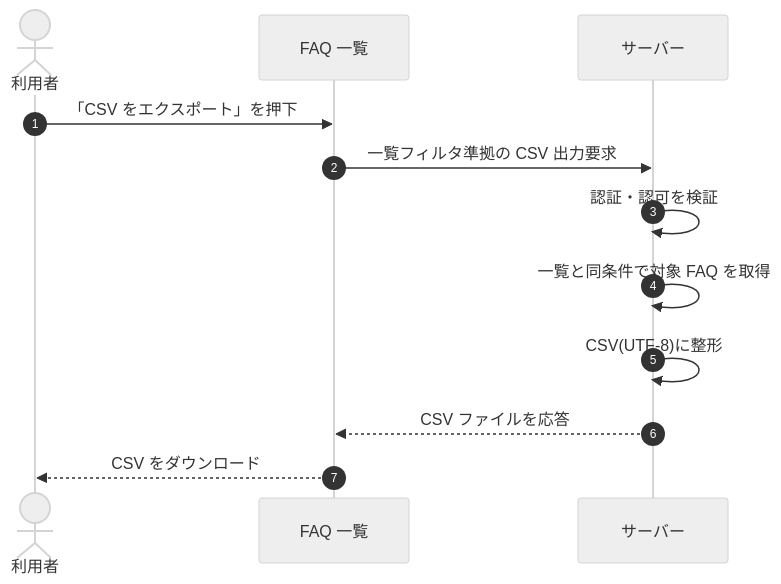
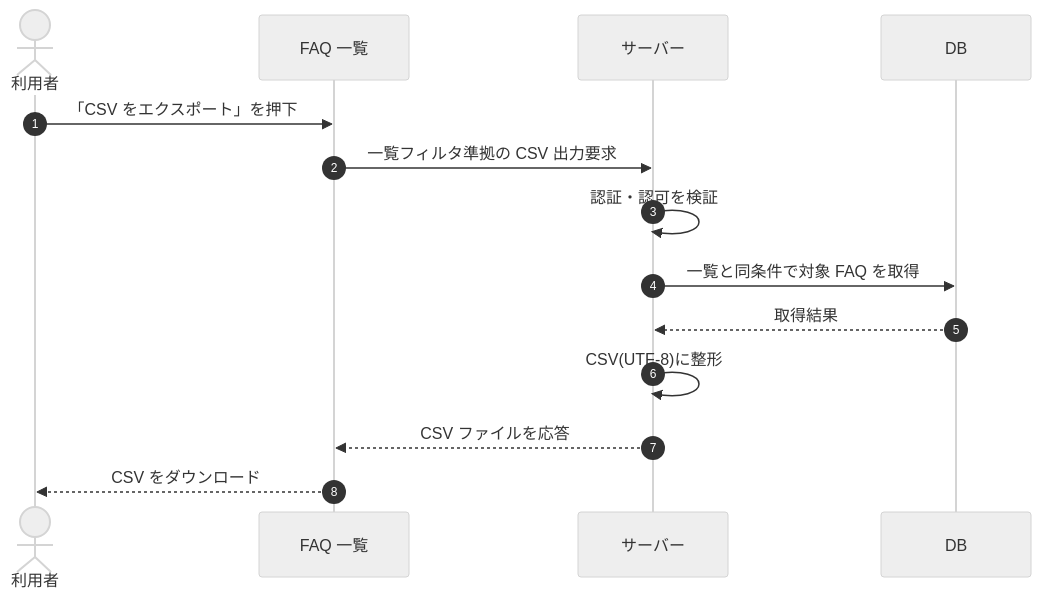
Before and after one commit to sikakou54/open-faq: the diagram in 02_basic_design/03_sequences/SEQ-031.md, drawn with Mermaid (neutral theme). The commit also changed other lines of this file and 122 other files, not shown here.

First line of the commit message:
シーケンス図に DB アクターを追加(DB 操作をサーバー自己メッセージから分離)

````diff
--- a/02_basic_design/03_sequences/SEQ-031.md
+++ b/02_basic_design/03_sequences/SEQ-031.md
@@ -26,14 +26,16 @@
 ```mermaid
 sequenceDiagram
   autonumber
   actor U as 利用者
   participant Screen as FAQ 一覧
   participant Server as サーバー
+  participant DB as DB
   U->>Screen: 「CSV をエクスポート」を押下
   Screen->>Server: 一覧フィルタ準拠の CSV 出力要求
   Server->>Server: 認証・認可を検証
-  Server->>Server: 一覧と同条件で対象 FAQ を取得
+  Server->>DB: 一覧と同条件で対象 FAQ を取得
+  DB-->>Server: 取得結果
   Server->>Server: CSV(UTF-8)に整形
   Server-->>Screen: CSV ファイルを応答
   Screen-->>U: CSV をダウンロード
 ```
````
